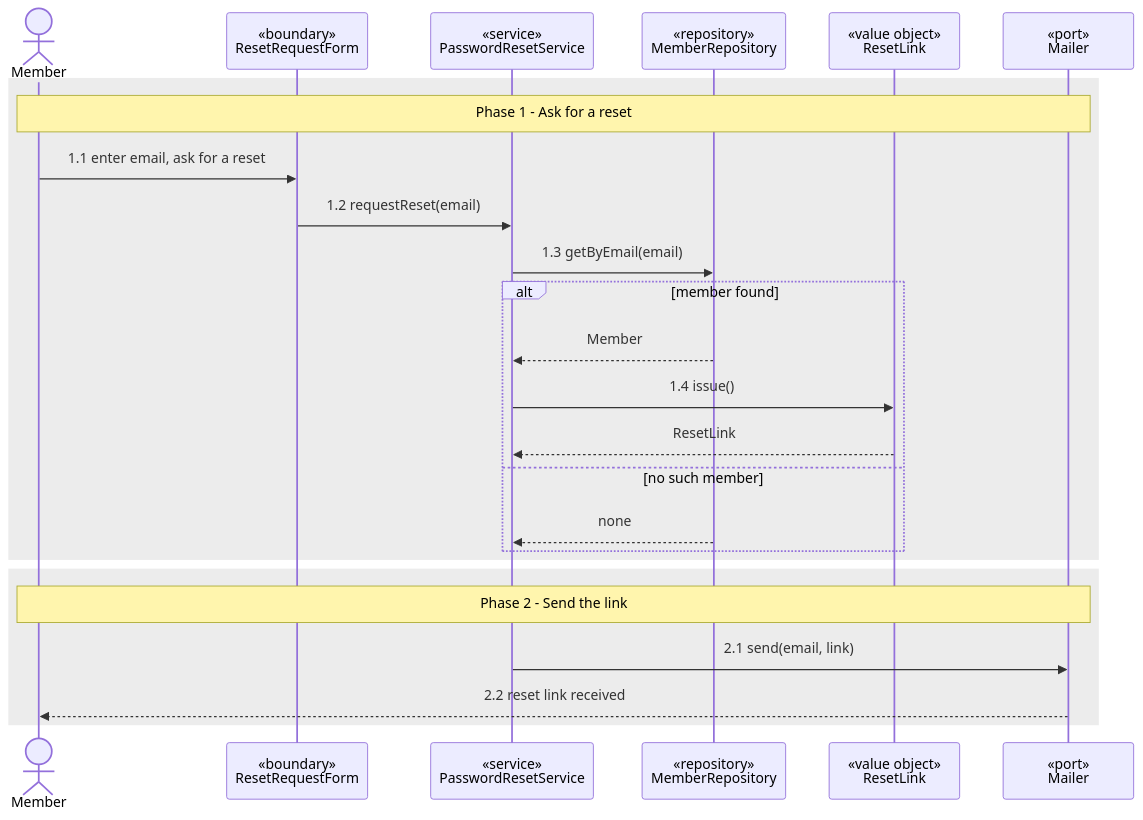
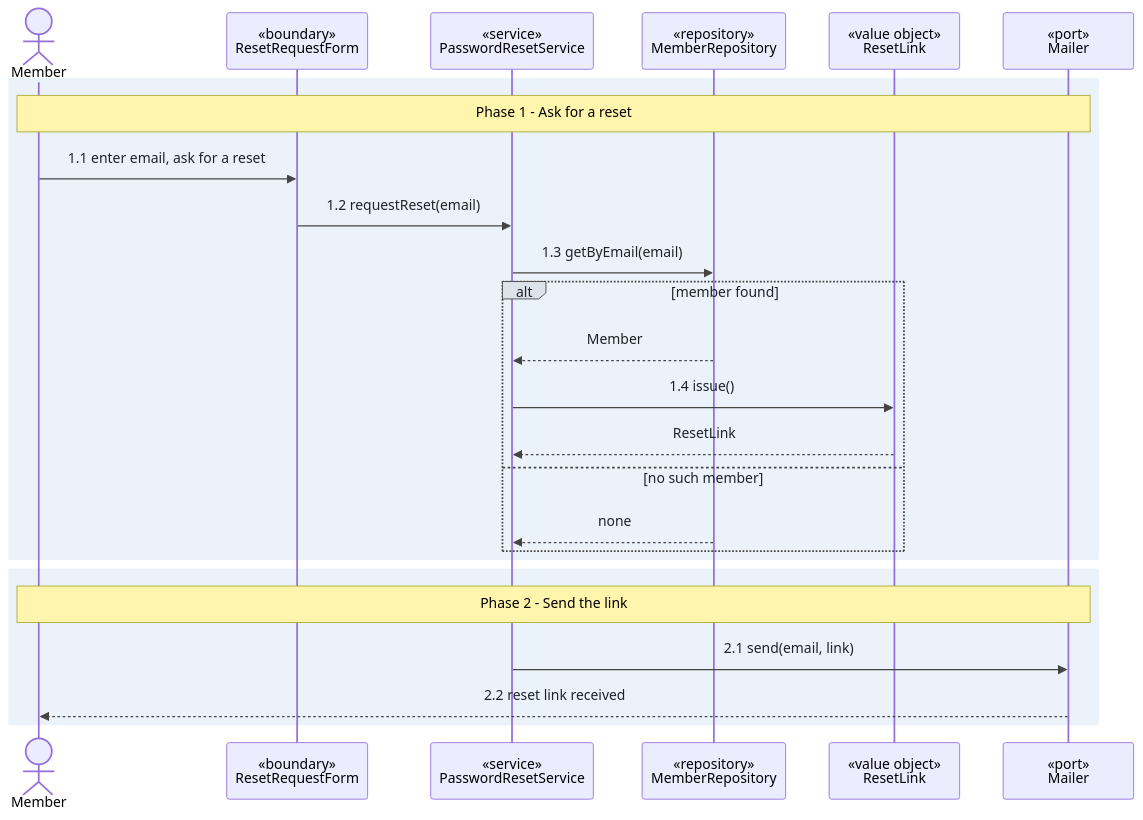
One commit to joisse1101/the-toolbox changed the third of 3 diagrams in planner/test/sample-data/diagrams/sample/sign-in/UC-sign-in.md. Above: the diagram before and after it, drawn with Mermaid. The commit also changed other lines of this file and 2 other files, not shown here.

Commit message:
fix(plan-stories): fix message text color so sequences read in both themes

````diff
--- a/planner/test/sample-data/diagrams/sample/sign-in/UC-sign-in.md
+++ b/planner/test/sample-data/diagrams/sample/sign-in/UC-sign-in.md
@@ -156,29 +157,30 @@
 ```mermaid
+%%{init: {'themeVariables': {'signalTextColor':'#1f2328','labelTextColor':'#1f2328','loopTextColor':'#1f2328','signalColor':'#444','labelBoxBkgColor':'#dde3ea','labelBoxBorderColor':'#444'}}}%%
 sequenceDiagram
   actor U as Member
   participant FORM as «boundary»<br/>ResetRequestForm
   participant RESET as «service»<br/>PasswordResetService
   participant REPO as «repository»<br/>MemberRepository
   participant RLINK as «value object»<br/>ResetLink
   participant MAILER as «port»<br/>Mailer
 
-  rect rgba(128, 128, 128, 0.15)
+  rect rgb(235, 242, 250)
     Note over U,MAILER: Phase 1 - Ask for a reset
     U->>FORM: 1.1 enter email, ask for a reset
     FORM->>RESET: 1.2 requestReset(email)
     RESET->>REPO: 1.3 getByEmail(email)
     alt member found
       REPO-->>RESET: Member
       RESET->>RLINK: 1.4 issue()
       RLINK-->>RESET: ResetLink
     else no such member
       REPO-->>RESET: none
     end
   end
 
-  rect rgba(128, 128, 128, 0.15)
+  rect rgb(235, 242, 250)
     Note over U,MAILER: Phase 2 - Send the link
     RESET->>MAILER: 2.1 send(email, link)
     MAILER-->>U: 2.2 reset link received
   end
 ```
````
